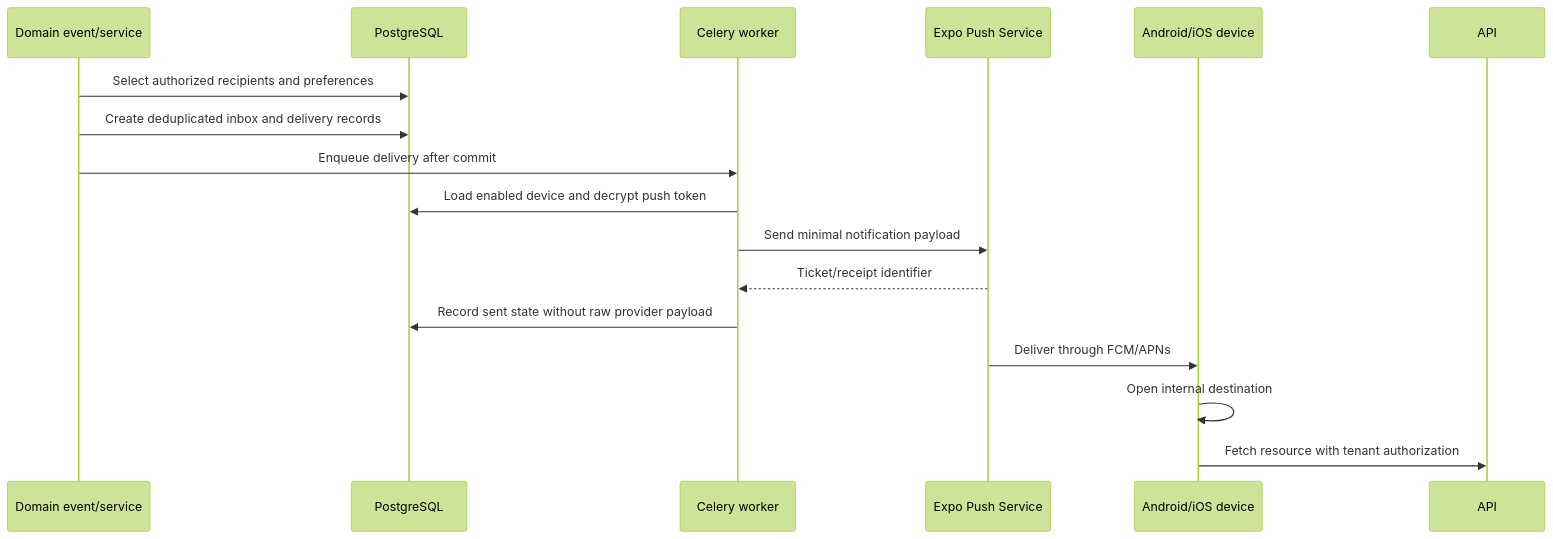
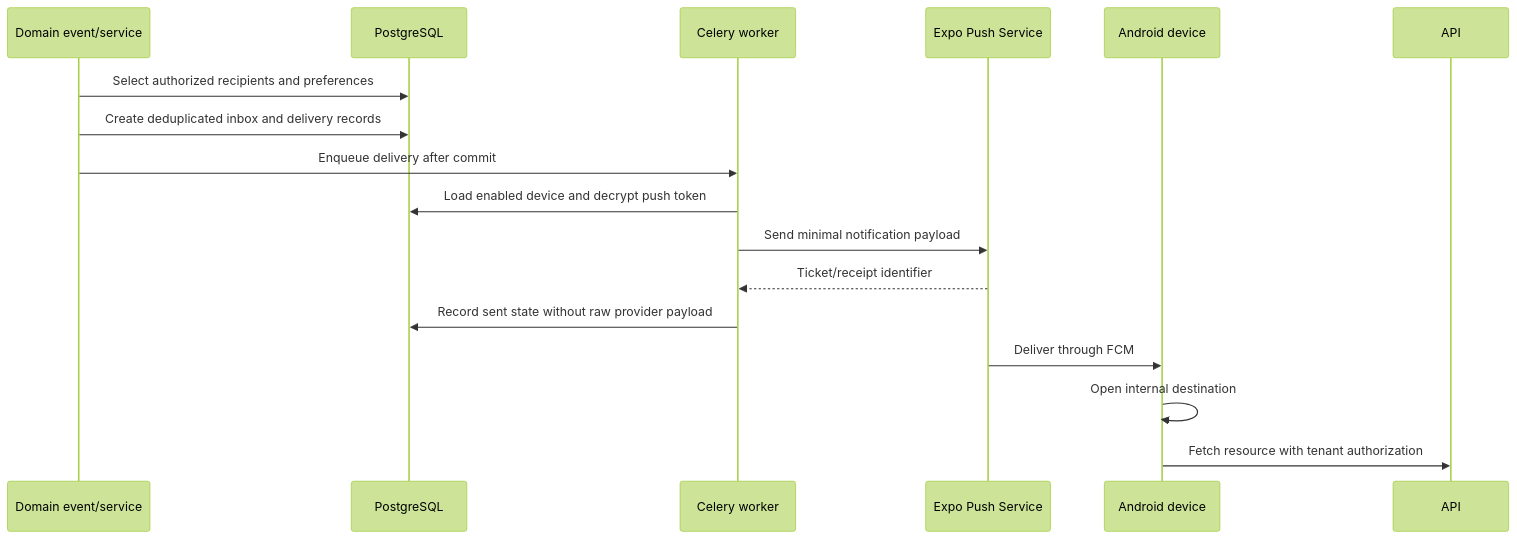
The sixth of 6 diagrams in QuickShip_SaaS_V4_Enterprise_Engineering_Handbook/docs/02_architecture/mobile_phase1_runtime_architecture.md (ramchand2009/quickship), drawn with Mermaid (forest theme) before and after one commit. The commit also changed other lines of this file and 6 other files, not shown here.

````diff
--- a/QuickShip_SaaS_V4_Enterprise_Engineering_Handbook/docs/02_architecture/mobile_phase1_runtime_architecture.md
+++ b/QuickShip_SaaS_V4_Enterprise_Engineering_Handbook/docs/02_architecture/mobile_phase1_runtime_architecture.md
@@ -304,19 +302,19 @@
 ```mermaid
 sequenceDiagram
     participant Event as Domain event/service
     participant DB as PostgreSQL
     participant Celery as Celery worker
     participant Expo as Expo Push Service
-    participant Device as Android/iOS device
+    participant Device as Android device
 
     Event->>DB: Select authorized recipients and preferences
     Event->>DB: Create deduplicated inbox and delivery records
     Event->>Celery: Enqueue delivery after commit
     Celery->>DB: Load enabled device and decrypt push token
     Celery->>Expo: Send minimal notification payload
     Expo-->>Celery: Ticket/receipt identifier
     Celery->>DB: Record sent state without raw provider payload
-    Expo->>Device: Deliver through FCM/APNs
+    Expo->>Device: Deliver through FCM
     Device->>Device: Open internal destination
     Device->>API: Fetch resource with tenant authorization
 ```
````
